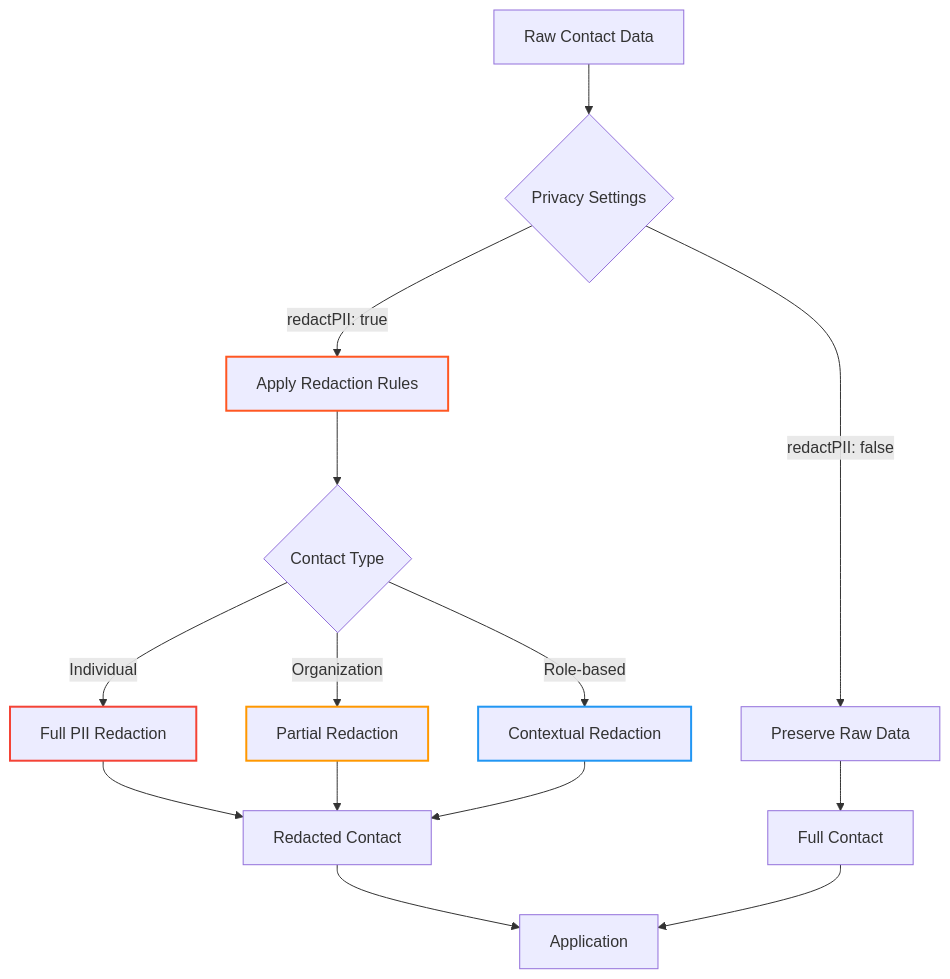
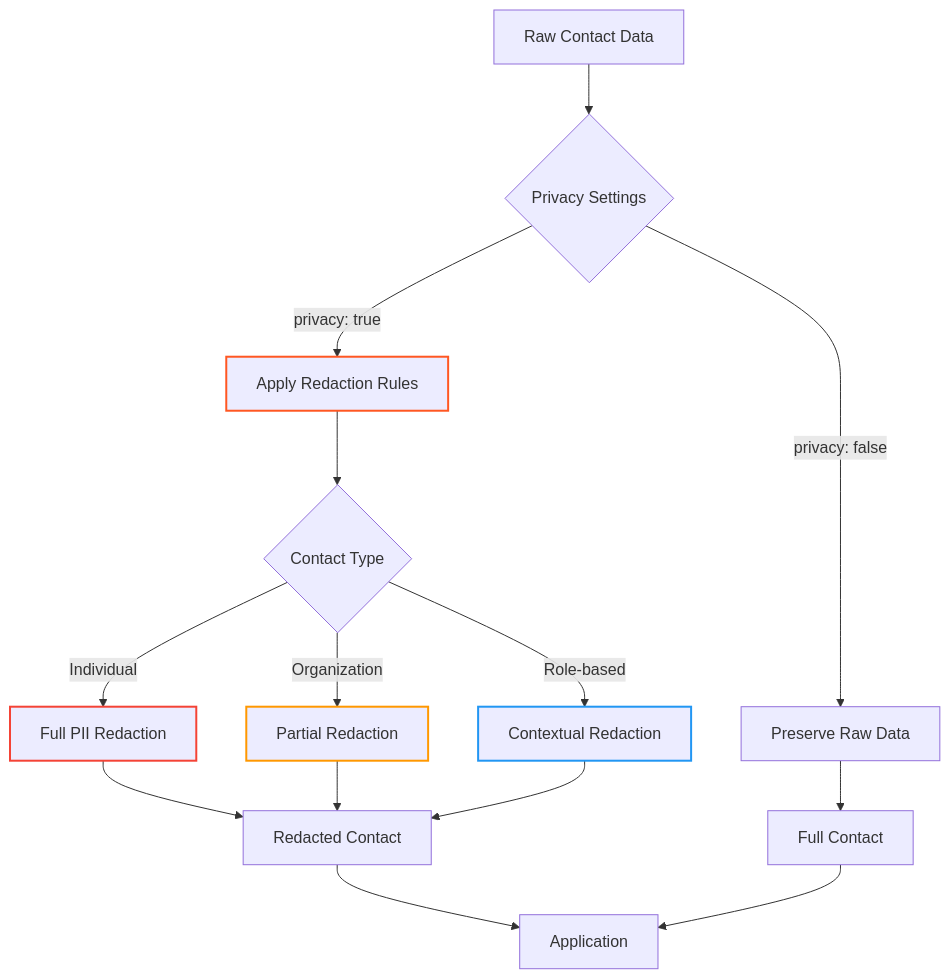
Before and after one commit to rdapify/RDAPify: the diagram in docs/api-reference/types/contact.md, drawn with Mermaid. The commit also changed other lines of this file and 95 other files, not shown here.

````diff
--- a/docs/api-reference/types/contact.md
+++ b/docs/api-reference/types/contact.md
@@ -140,20 +140,20 @@
 ```mermaid
 flowchart TD
     A[Raw Contact Data] --> B{Privacy Settings}
-    B -->|redactPII: true| C[Apply Redaction Rules]
-    B -->|redactPII: false| D[Preserve Raw Data]
+    B -->|privacy: true| C[Apply Redaction Rules]
+    B -->|privacy: false| D[Preserve Raw Data]
     C --> E{Contact Type}
     E -->|Individual| F[Full PII Redaction]
     E -->|Organization| G[Partial Redaction]
     E -->|Role-based| H[Contextual Redaction]
     F --> I[Redacted Contact]
     G --> I
     H --> I
     D --> J[Full Contact]
     I --> K[Application]
     J --> K
     style C stroke:#FF5722,stroke-width:2px
     style F stroke:#F44336,stroke-width:2px
     style G stroke:#FF9800,stroke-width:2px
     style H stroke:#2196F3,stroke-width:2px
 ```
````
